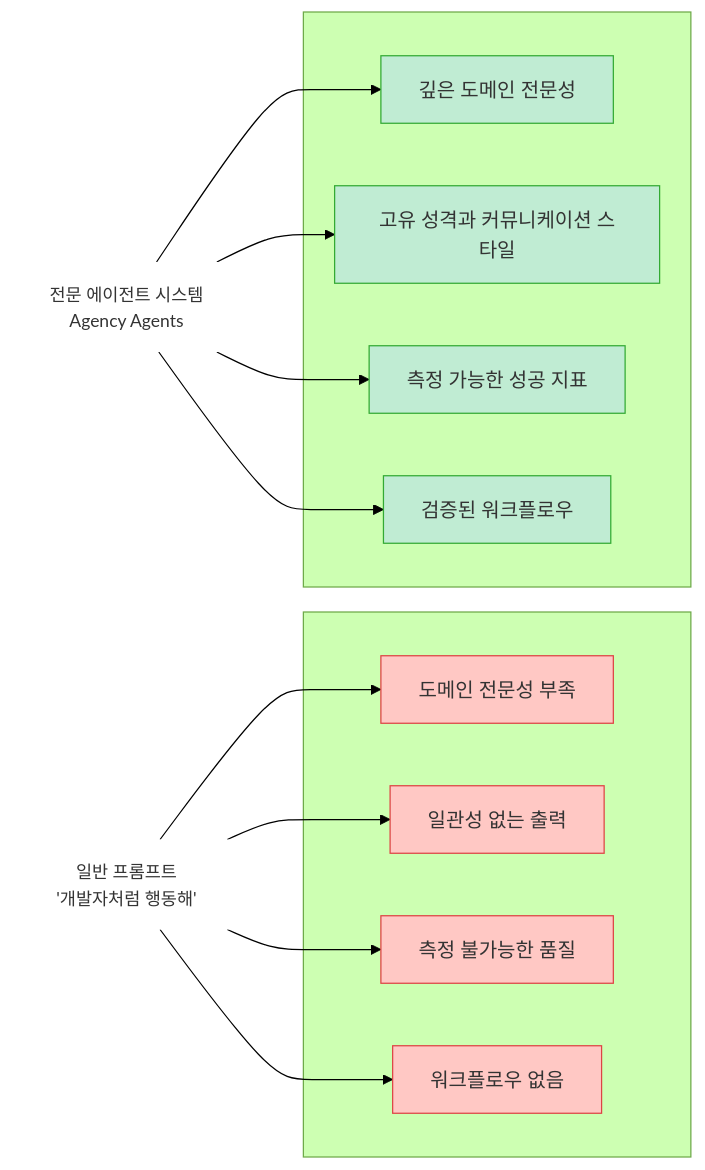
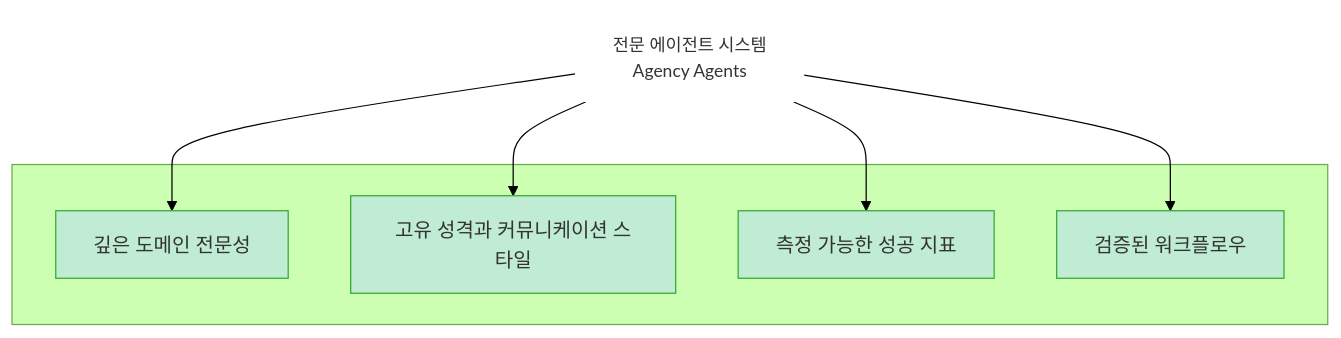
The third of 10 diagrams in content/post/2026/2026-03-11-agency-agents-ai-specialist-team.md (gyuha/blog), drawn with Mermaid (forest theme) before and after one commit. The commit also changed 1 other file, not shown here.

Commit message:
update blog source

````diff
--- a/content/post/2026/2026-03-11-agency-agents-ai-specialist-team.md
+++ b/content/post/2026/2026-03-11-agency-agents-ai-specialist-team.md
@@ -59,36 +81,21 @@
 ```mermaid
-flowchart LR
-    TitleBad["일반 프롬프트<br>'개발자처럼 행동해'"]
+flowchart TD
     TitleGood["전문 에이전트 시스템<br>Agency Agents"]
-
-    subgraph BadGroup[" "]
-        A["도메인 전문성 부족"]
-        B["일관성 없는 출력"]
-        C["측정 불가능한 품질"]
-        D["워크플로우 없음"]
-    end
 
     subgraph GoodGroup[" "]
         E["깊은 도메인 전문성"]
         F["고유 성격과 커뮤니케이션 스타일"]
         G["측정 가능한 성공 지표"]
         H["검증된 워크플로우"]
     end
 
-    TitleBad --> A
-    TitleBad --> B
-    TitleBad --> C
-    TitleBad --> D
-
     TitleGood --> E
     TitleGood --> F
     TitleGood --> G
     TitleGood --> H
 
     classDef title fill:#fff,stroke:none,color:#333,font-size:14px
-    classDef bad fill:#ffc8c4,stroke:#d44,color:#333
     classDef good fill:#c0ecd3,stroke:#3a3,color:#333
-    class TitleBad,TitleGood title
-    class A,B,C,D bad
+    class TitleGood title
     class E,F,G,H good
 ```
````
